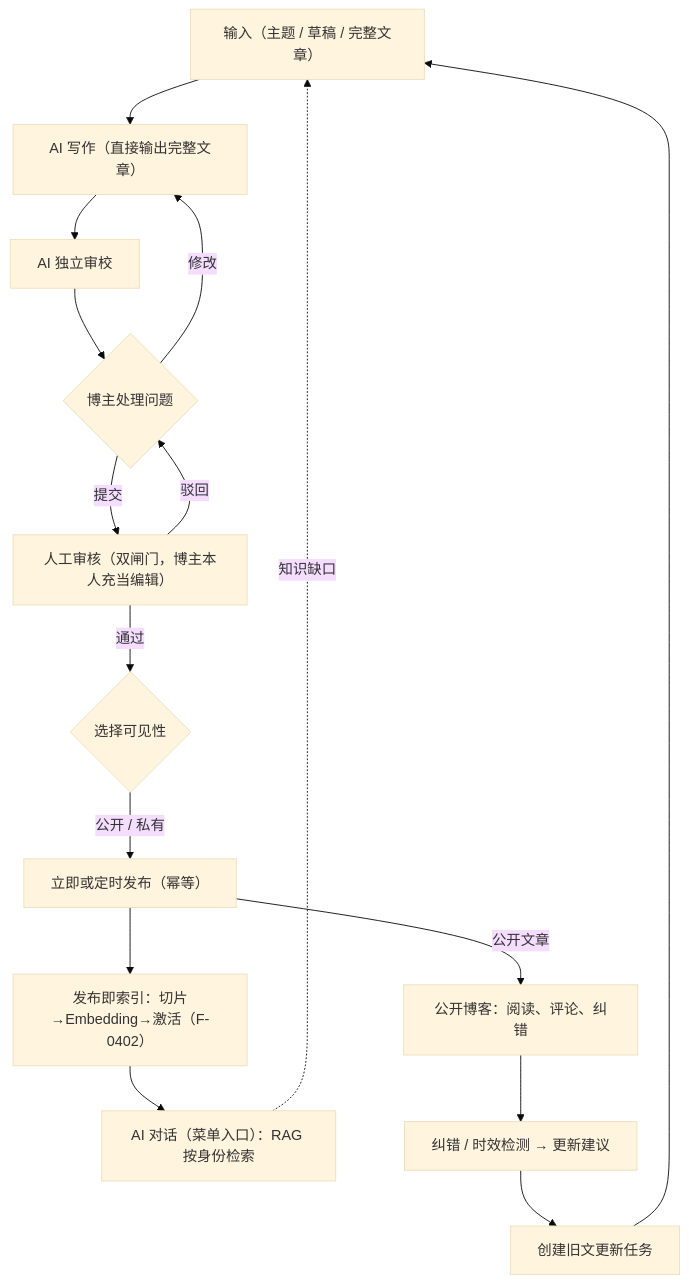
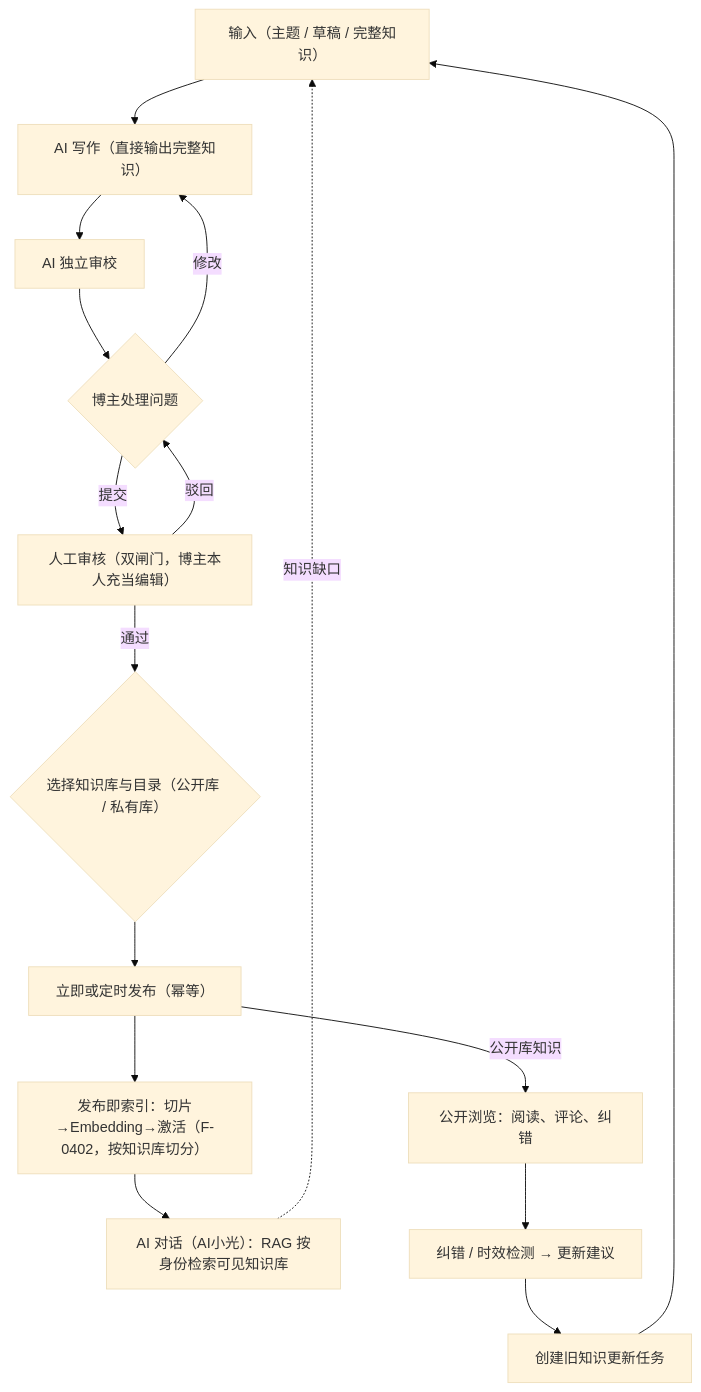
One commit to calwenb/x-lumen changed the second of 2 diagrams in docs/frontend/PROTOTYPE.md. Above: the diagram before and after it, drawn with Mermaid (base theme). The commit also changed other lines of this file and 172 other files, not shown here.

````diff
--- a/docs/frontend/PROTOTYPE.md
+++ b/docs/frontend/PROTOTYPE.md
@@ -48,18 +52,18 @@
 ```mermaid
 flowchart TD
-    A["输入（主题 / 草稿 / 完整文章）"] --> E["AI 写作（直接输出完整文章）"]
+    A["输入（主题 / 草稿 / 完整知识）"] --> E["AI 写作（直接输出完整知识）"]
     E --> F["AI 独立审校"]
     F --> G{"博主处理问题"}
     G -- "修改" --> E
     G -- "提交" --> H["人工审核（双闸门，博主本人充当编辑）"]
     H -- "驳回" --> G
-    H -- "通过" --> V{"选择可见性"}
-    V -- "公开 / 私有" --> I["立即或定时发布（幂等）"]
-    I --> IDX["发布即索引：切片→Embedding→激活（F-0402）"]
-    I -- "公开文章" --> J["公开博客：阅读、评论、纠错"]
-    IDX --> M["AI 对话（菜单入口）：RAG 按身份检索"]
+    H -- "通过" --> V{"选择知识库与目录（公开库 / 私有库）"}
+    V --> I["立即或定时发布（幂等）"]
+    I --> IDX["发布即索引：切片→Embedding→激活（F-0402，按知识库切分）"]
+    I -- "公开库知识" --> J["公开浏览：阅读、评论、纠错"]
+    IDX --> M["AI 对话（AI小光）：RAG 按身份检索可见知识库"]
     J --> K["纠错 / 时效检测 → 更新建议"]
-    K --> L["创建旧文更新任务"]
+    K --> L["创建旧知识更新任务"]
     L --> A
     M -. "知识缺口" .-> A
 ```
````
